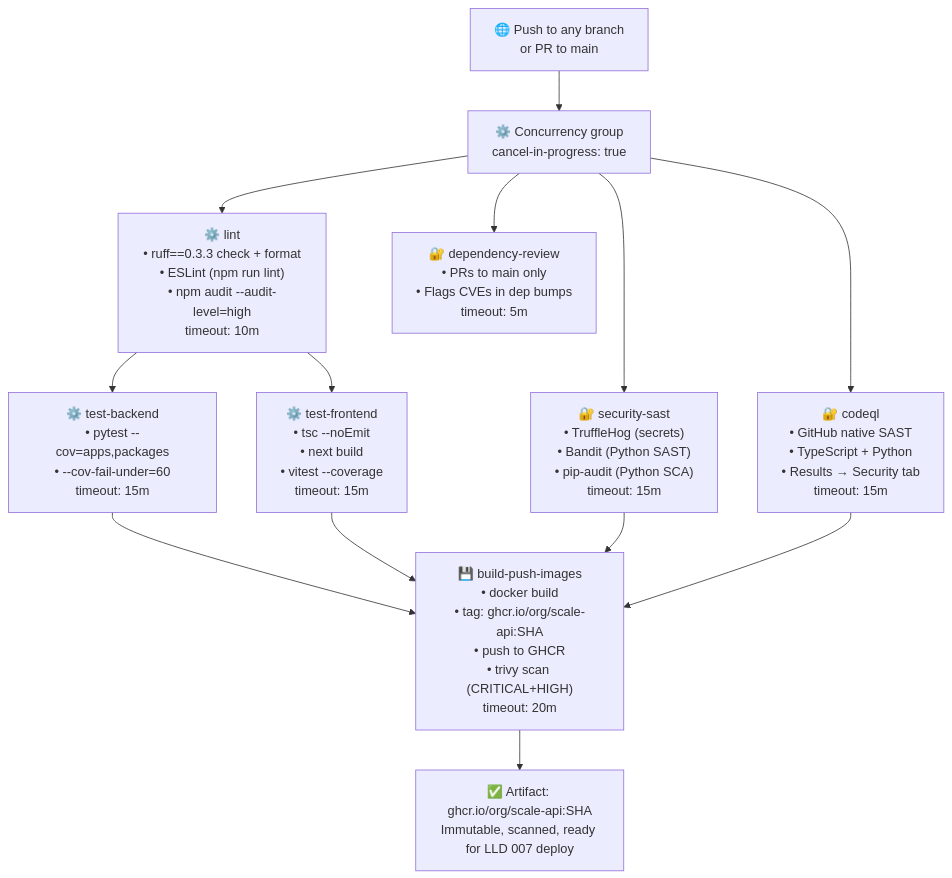
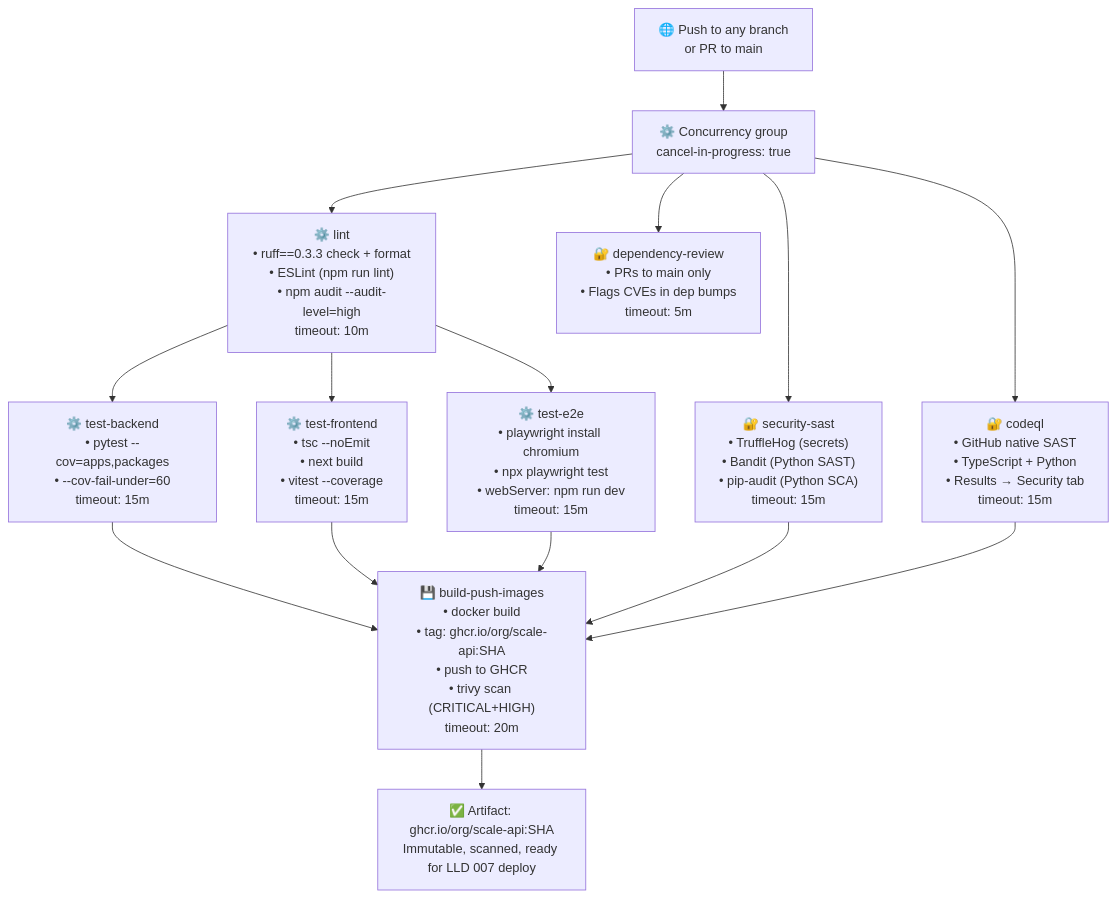
The first of 2 diagrams in docs/features/006-ci-cd-pipeline-hardening.md (hassang371/spendsmart-dashboard), drawn with Mermaid before and after one commit. The commit also changed other lines of this file, not shown here.

First line of the commit message:
docs: amend 006 — add Playwright E2E to scope

````diff
--- a/docs/features/006-ci-cd-pipeline-hardening.md
+++ b/docs/features/006-ci-cd-pipeline-hardening.md
@@ -92,36 +95,40 @@
 ```mermaid
 flowchart TD
     trigger["🌐 Push to any branch\nor PR to main"]
     concurrency["⚙️ Concurrency group\ncancel-in-progress: true"]
 
     trigger --> concurrency
 
     concurrency --> lint
     concurrency --> sast
     concurrency --> codeql
     concurrency --> dep_review
 
     lint["⚙️ lint\n• ruff==0.3.3 check + format\n• ESLint (npm run lint)\n• npm audit --audit-level=high\ntimeout: 10m"]
 
     sast["🔐 security-sast\n• TruffleHog (secrets)\n• Bandit (Python SAST)\n• pip-audit (Python SCA)\ntimeout: 15m"]
 
     codeql["🔐 codeql\n• GitHub native SAST\n• TypeScript + Python\n• Results → Security tab\ntimeout: 15m"]
 
     dep_review["🔐 dependency-review\n• PRs to main only\n• Flags CVEs in dep bumps\ntimeout: 5m"]
 
     lint --> test_backend
     lint --> test_frontend
+    lint --> test_e2e
 
     test_backend["⚙️ test-backend\n• pytest --cov=apps,packages\n• --cov-fail-under=60\ntimeout: 15m"]
 
     test_frontend["⚙️ test-frontend\n• tsc --noEmit\n• next build\n• vitest --coverage\ntimeout: 15m"]
 
+    test_e2e["⚙️ test-e2e\n• playwright install chromium\n• npx playwright test\n• webServer: npm run dev\ntimeout: 15m"]
+
     test_backend --> build
     test_frontend --> build
+    test_e2e --> build
     sast --> build
     codeql --> build
 
     build["💾 build-push-images\n• docker build\n• tag: ghcr.io/org/scale-api:SHA\n• push to GHCR\n• trivy scan (CRITICAL+HIGH)\ntimeout: 20m"]
 
     build --> done["✅ Artifact: ghcr.io/org/scale-api:SHA\nImmutable, scanned, ready for LLD 007 deploy"]
 ```
````
